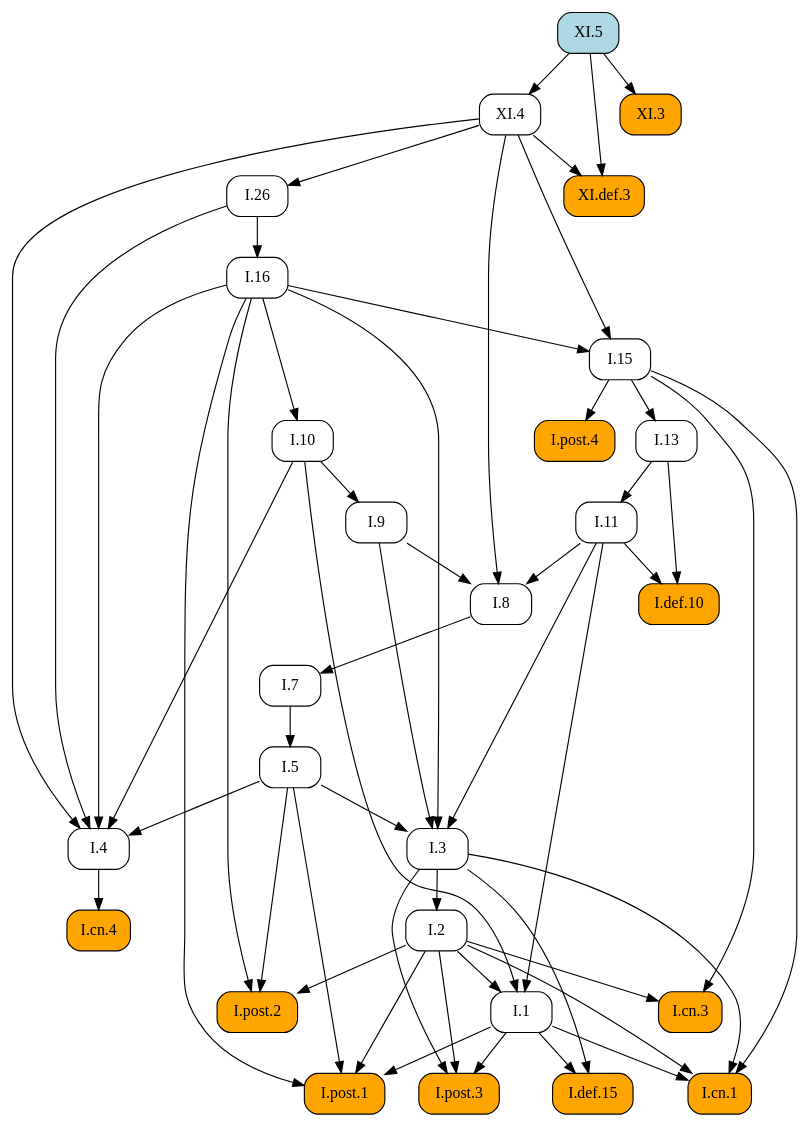
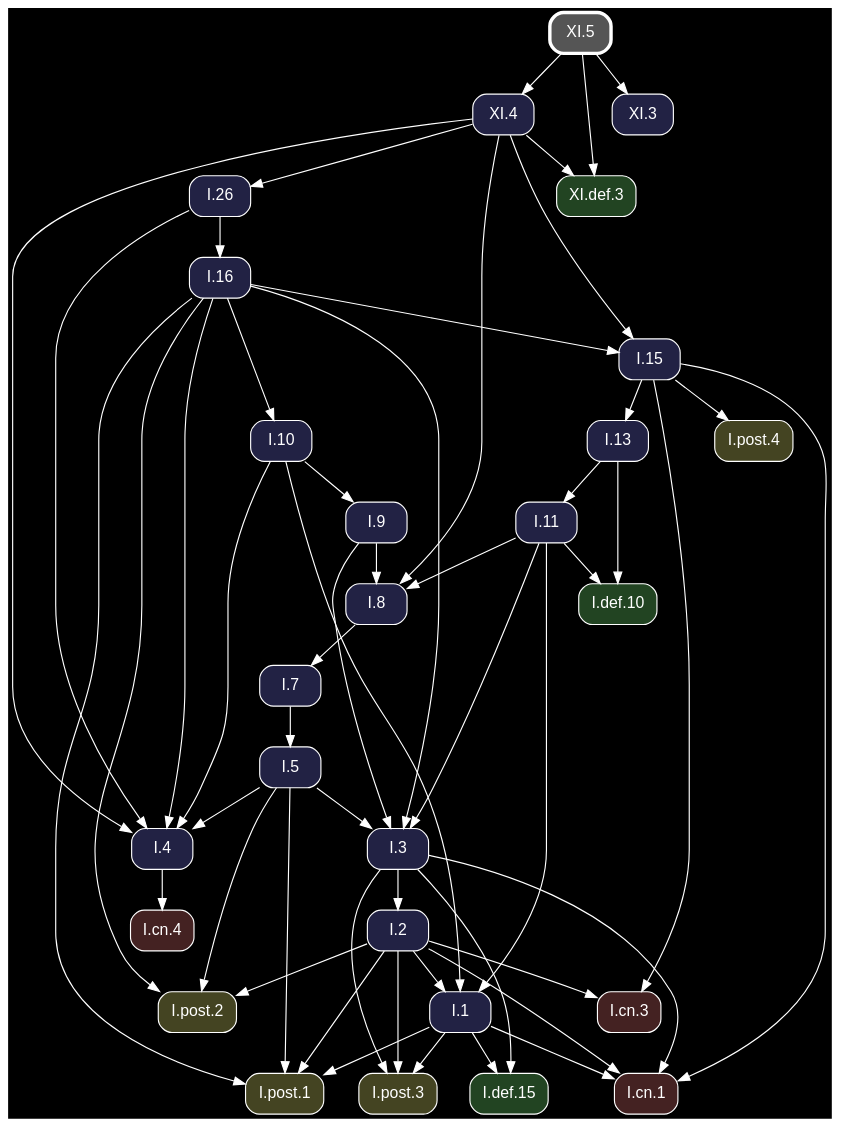
Before and after one commit to geometor/elements: the diagram in docsrc/heath/XI/5/index.rst, drawn with Graphviz. The commit also changed other lines of this file and 1200 other files, not shown here.

Commit message:
update dependency graphs

```diff
--- a/docsrc/heath/XI/5/index.rst
+++ b/docsrc/heath/XI/5/index.rst
@@ -47,85 +47,87 @@
 .. graphviz::
 
    digraph {
+     bgcolor="black";
+     node [shape=box, style="rounded,filled", fontname="Helvetica", color="white", fontcolor="white"];
+     edge [color="white", fontcolor="white"];
      rankdir="TB";
-     node [shape=box, style=rounded];
-     "I.9" [URL="/heath/I/9/", target="_top"];
-     "I.cn.1" [style="rounded,filled", fillcolor=orange, URL="/heath/I/cn.1/", target="_top"];
-     "I.7" [URL="/heath/I/7/", target="_top"];
-     "XI.4" [URL="/heath/XI/4/", target="_top"];
-     "I.2" [URL="/heath/I/2/", target="_top"];
-     "I.def.15" [style="rounded,filled", fillcolor=orange, URL="/heath/I/def.15/", target="_top"];
-     "I.13" [URL="/heath/I/13/", target="_top"];
-     "I.post.4" [style="rounded,filled", fillcolor=orange, URL="/heath/I/post.4/", target="_top"];
-     "I.4" [URL="/heath/I/4/", target="_top"];
-     "I.1" [URL="/heath/I/1/", target="_top"];
-     "I.post.3" [style="rounded,filled", fillcolor=orange, URL="/heath/I/post.3/", target="_top"];
-     "I.post.1" [style="rounded,filled", fillcolor=orange, URL="/heath/I/post.1/", target="_top"];
-     "I.5" [URL="/heath/I/5/", target="_top"];
-     "I.8" [URL="/heath/I/8/", target="_top"];
-     "XI.3" [style="rounded,filled", fillcolor=orange, URL="/heath/XI/3/", target="_top"];
-     "I.cn.3" [style="rounded,filled", fillcolor=orange, URL="/heath/I/cn.3/", target="_top"];
-     "XI.5" [style="rounded,filled", fillcolor=lightblue, URL="/heath/XI/5/", target="_top"];
-     "I.16" [URL="/heath/I/16/", target="_top"];
-     "I.def.10" [style="rounded,filled", fillcolor=orange, URL="/heath/I/def.10/", target="_top"];
-     "I.15" [URL="/heath/I/15/", target="_top"];
-     "XI.def.3" [style="rounded,filled", fillcolor=orange, URL="/heath/XI/def.3/", target="_top"];
-     "I.10" [URL="/heath/I/10/", target="_top"];
-     "I.11" [URL="/heath/I/11/", target="_top"];
-     "I.cn.4" [style="rounded,filled", fillcolor=orange, URL="/heath/I/cn.4/", target="_top"];
-     "I.post.2" [style="rounded,filled", fillcolor=orange, URL="/heath/I/post.2/", target="_top"];
-     "I.26" [URL="/heath/I/26/", target="_top"];
-     "I.3" [URL="/heath/I/3/", target="_top"];
-     "I.10" -> "I.9";
+     "I.3" [fillcolor="#222244", URL="/heath/I/3/", target="_top"];
+     "I.post.1" [fillcolor="#444422", URL="/heath/I/post.1/", target="_top"];
+     "I.cn.1" [fillcolor="#442222", URL="/heath/I/cn.1/", target="_top"];
+     "XI.def.3" [fillcolor="#224422", URL="/heath/XI/def.3/", target="_top"];
+     "I.def.10" [fillcolor="#224422", URL="/heath/I/def.10/", target="_top"];
+     "I.15" [fillcolor="#222244", URL="/heath/I/15/", target="_top"];
+     "I.11" [fillcolor="#222244", URL="/heath/I/11/", target="_top"];
+     "I.16" [fillcolor="#222244", URL="/heath/I/16/", target="_top"];
+     "XI.5" [penwidth=3, color="white", fillcolor="#555555", URL="/heath/XI/5/", target="_top"];
+     "I.cn.3" [fillcolor="#442222", URL="/heath/I/cn.3/", target="_top"];
+     "I.13" [fillcolor="#222244", URL="/heath/I/13/", target="_top"];
+     "I.2" [fillcolor="#222244", URL="/heath/I/2/", target="_top"];
+     "XI.3" [fillcolor="#222244", URL="/heath/XI/3/", target="_top"];
+     "I.post.2" [fillcolor="#444422", URL="/heath/I/post.2/", target="_top"];
+     "I.cn.4" [fillcolor="#442222", URL="/heath/I/cn.4/", target="_top"];
+     "I.9" [fillcolor="#222244", URL="/heath/I/9/", target="_top"];
+     "I.1" [fillcolor="#222244", URL="/heath/I/1/", target="_top"];
+     "I.post.4" [fillcolor="#444422", URL="/heath/I/post.4/", target="_top"];
+     "XI.4" [fillcolor="#222244", URL="/heath/XI/4/", target="_top"];
+     "I.26" [fillcolor="#222244", URL="/heath/I/26/", target="_top"];
+     "I.8" [fillcolor="#222244", URL="/heath/I/8/", target="_top"];
+     "I.4" [fillcolor="#222244", URL="/heath/I/4/", target="_top"];
+     "I.post.3" [fillcolor="#444422", URL="/heath/I/post.3/", target="_top"];
+     "I.7" [fillcolor="#222244", URL="/heath/I/7/", target="_top"];
+     "I.def.15" [fillcolor="#224422", URL="/heath/I/def.15/", target="_top"];
+     "I.5" [fillcolor="#222244", URL="/heath/I/5/", target="_top"];
+     "I.10" [fillcolor="#222244", URL="/heath/I/10/", target="_top"];
+     "I.5" -> "I.3";
+     "I.9" -> "I.3";
+     "I.11" -> "I.3";
+     "I.16" -> "I.3";
+     "I.1" -> "I.post.1";
+     "I.2" -> "I.post.1";
+     "I.5" -> "I.post.1";
+     "I.16" -> "I.post.1";
      "I.1" -> "I.cn.1";
      "I.2" -> "I.cn.1";
      "I.3" -> "I.cn.1";
      "I.15" -> "I.cn.1";
-     "I.8" -> "I.7";
+     "XI.4" -> "XI.def.3";
+     "XI.5" -> "XI.def.3";
+     "I.11" -> "I.def.10";
+     "I.13" -> "I.def.10";
+     "I.16" -> "I.15";
+     "XI.4" -> "I.15";
+     "I.13" -> "I.11";
+     "I.26" -> "I.16";
+     "I.2" -> "I.cn.3";
+     "I.15" -> "I.cn.3";
+     "I.15" -> "I.13";
+     "I.3" -> "I.2";
+     "XI.5" -> "XI.3";
+     "I.2" -> "I.post.2";
+     "I.5" -> "I.post.2";
+     "I.16" -> "I.post.2";
+     "I.4" -> "I.cn.4";
+     "I.10" -> "I.9";
+     "I.2" -> "I.1";
+     "I.10" -> "I.1";
+     "I.11" -> "I.1";
+     "I.15" -> "I.post.4";
      "XI.5" -> "XI.4";
-     "I.3" -> "I.2";
-     "I.1" -> "I.def.15";
-     "I.3" -> "I.def.15";
-     "I.15" -> "I.13";
-     "I.15" -> "I.post.4";
+     "XI.4" -> "I.26";
+     "I.9" -> "I.8";
+     "I.11" -> "I.8";
+     "XI.4" -> "I.8";
      "I.5" -> "I.4";
      "I.10" -> "I.4";
      "I.16" -> "I.4";
      "I.26" -> "I.4";
      "XI.4" -> "I.4";
-     "I.2" -> "I.1";
-     "I.10" -> "I.1";
-     "I.11" -> "I.1";
      "I.1" -> "I.post.3";
      "I.2" -> "I.post.3";
      "I.3" -> "I.post.3";
-     "I.1" -> "I.post.1";
-     "I.2" -> "I.post.1";
-     "I.5" -> "I.post.1";
-     "I.16" -> "I.post.1";
+     "I.8" -> "I.7";
+     "I.1" -> "I.def.15";
+     "I.3" -> "I.def.15";
      "I.7" -> "I.5";
-     "I.9" -> "I.8";
-     "I.11" -> "I.8";
-     "XI.4" -> "I.8";
-     "XI.5" -> "XI.3";
-     "I.2" -> "I.cn.3";
-     "I.15" -> "I.cn.3";
-     "I.26" -> "I.16";
-     "I.11" -> "I.def.10";
-     "I.13" -> "I.def.10";
-     "I.16" -> "I.15";
-     "XI.4" -> "I.15";
-     "XI.4" -> "XI.def.3";
-     "XI.5" -> "XI.def.3";
      "I.16" -> "I.10";
-     "I.13" -> "I.11";
-     "I.4" -> "I.cn.4";
-     "I.2" -> "I.post.2";
-     "I.5" -> "I.post.2";
-     "I.16" -> "I.post.2";
-     "XI.4" -> "I.26";
-     "I.5" -> "I.3";
-     "I.9" -> "I.3";
-     "I.11" -> "I.3";
-     "I.16" -> "I.3";
    }
```
